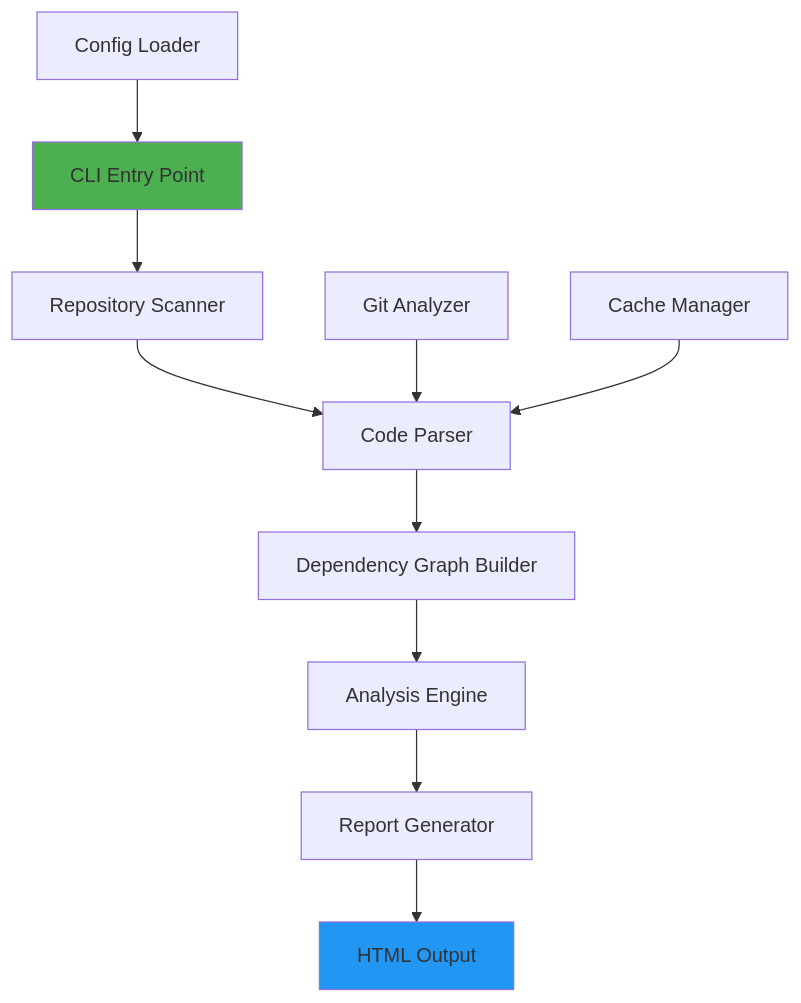
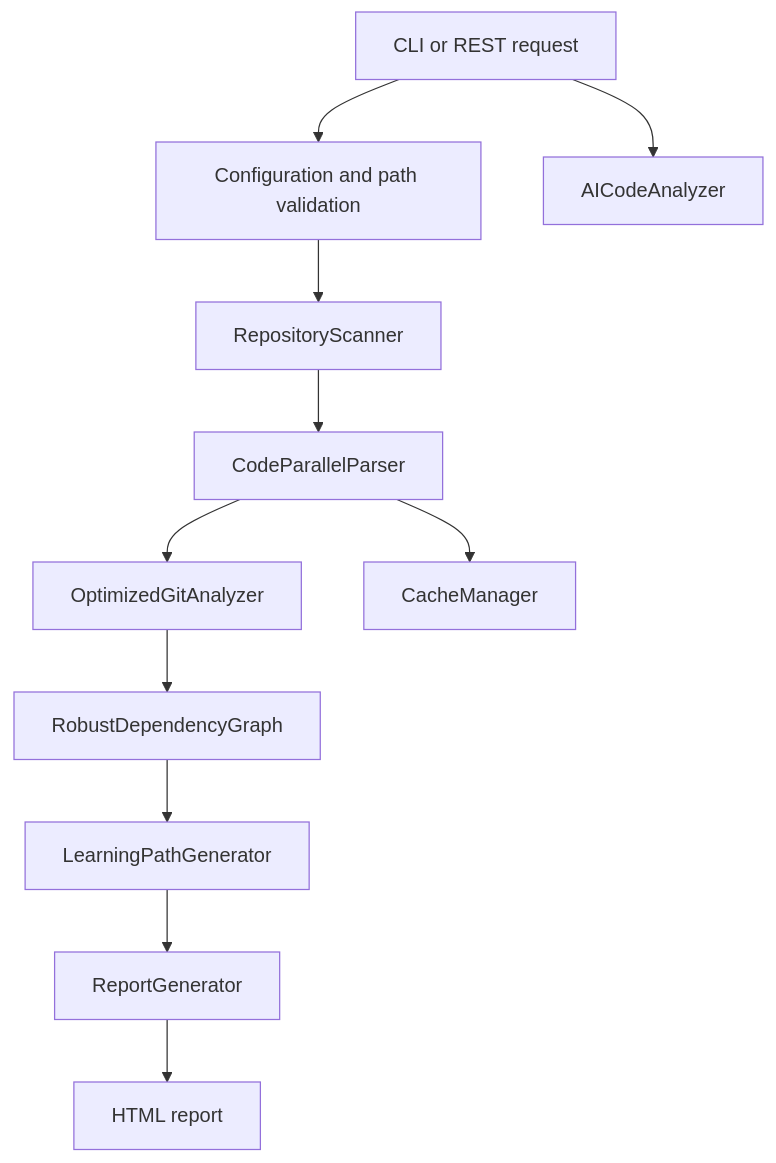
Before and after one commit to sonii-shivansh/CodeContext: the diagram in docs/ARCHITECTURE.md, drawn with Mermaid. The commit also changed other lines of this file and 8 other files, not shown here.

Commit message:
docs: align project documentation with current architecture and security model

````diff
--- a/docs/ARCHITECTURE.md
+++ b/docs/ARCHITECTURE.md
@@ -7,16 +9,13 @@
 ```mermaid
 graph TD
-    A[CLI Entry Point] --> B[Repository Scanner]
-    B --> C[Code Parser]
-    C --> D[Dependency Graph Builder]
-    D --> E[Analysis Engine]
-    E --> F[Report Generator]
-    F --> G[HTML Output]
-    
-    H[Git Analyzer] --> C
-    I[Cache Manager] --> C
-    J[Config Loader] --> A
-    
-    style A fill:#4CAF50
-    style G fill:#2196F3
+    A[CLI or REST request] --> B[Configuration and path validation]
+    B --> C[RepositoryScanner]
+    C --> D[CodeParallelParser]
+    D --> E[OptimizedGitAnalyzer]
+    E --> F[RobustDependencyGraph]
+    F --> G[LearningPathGenerator]
+    G --> H[ReportGenerator]
+    H --> I[HTML report]
+    D --> J[CacheManager]
+    A --> K[AICodeAnalyzer]
 ```
````
